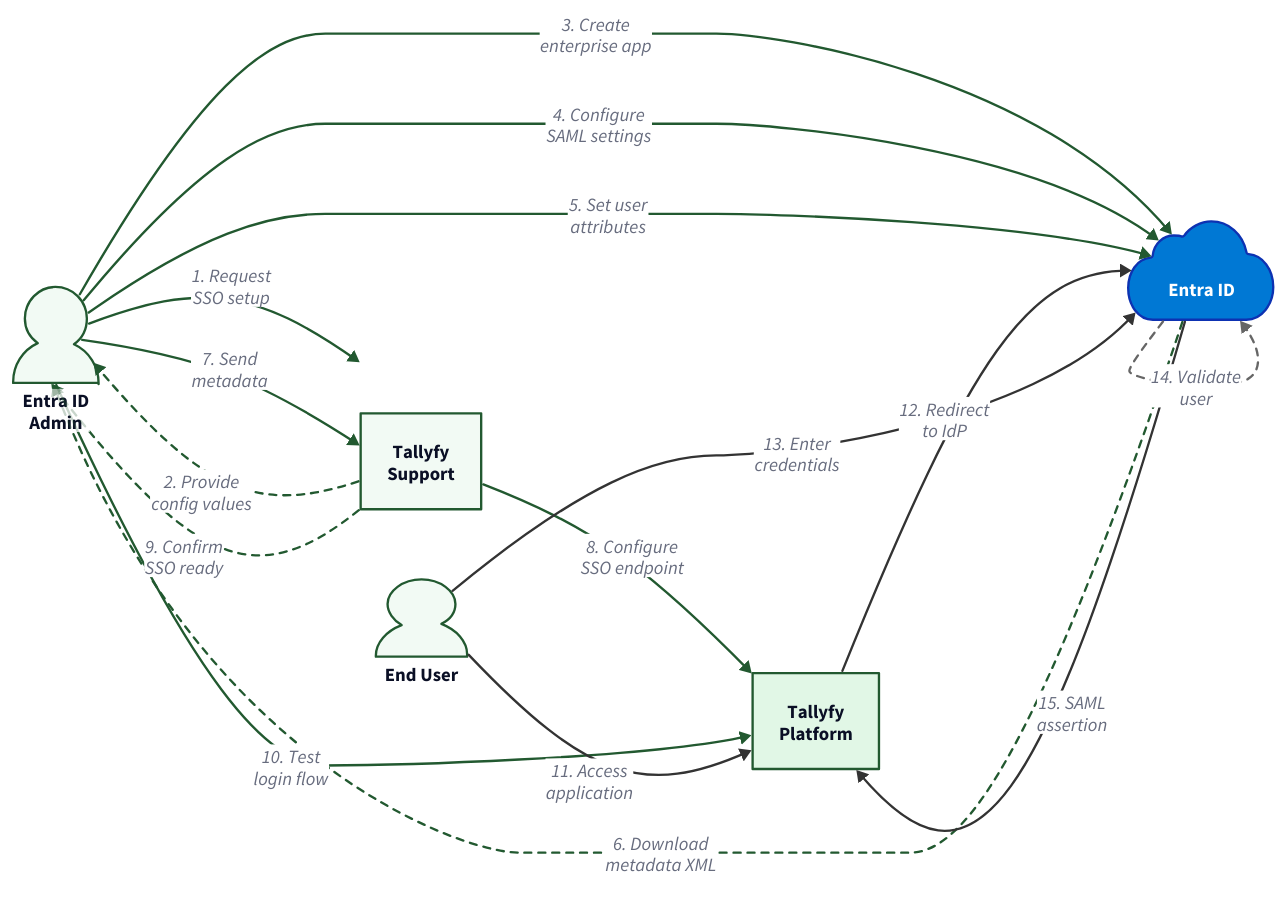
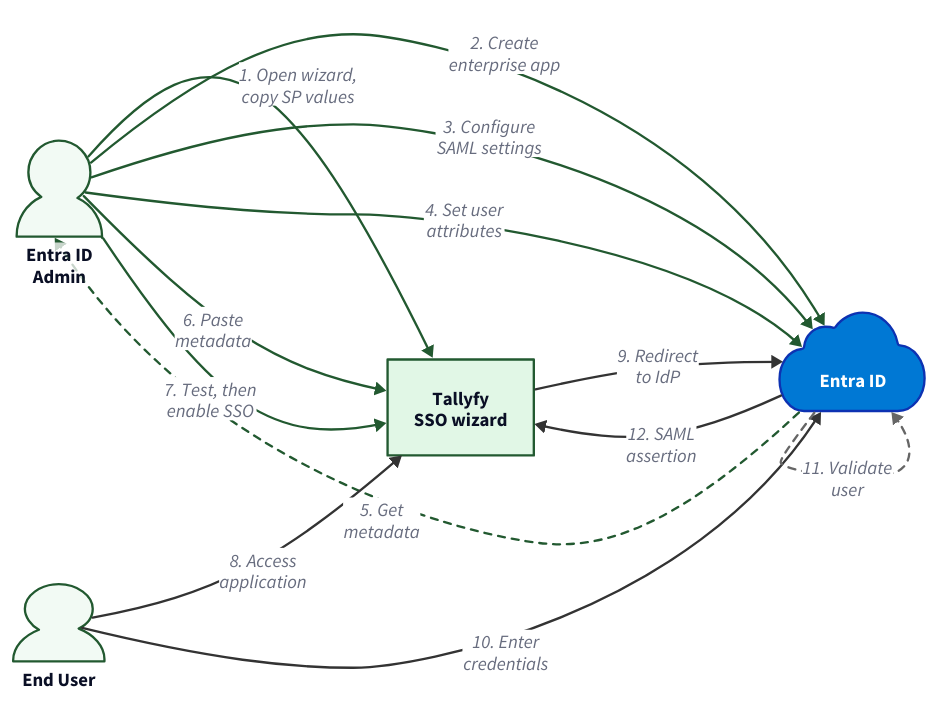
Before and after one commit to tallyfy/documentation: the diagram in src/content/docs/pro/integrations/authentication/how-to-integrate-azure-ad-samlsso-with-tallyfy.mdx, drawn with D2. The commit also changed other lines of this file and 8 other files, not shown here.

```diff
--- a/src/content/docs/pro/integrations/authentication/how-to-integrate-azure-ad-samlsso-with-tallyfy.mdx
+++ b/src/content/docs/pro/integrations/authentication/how-to-integrate-azure-ad-samlsso-with-tallyfy.mdx
@@ -53,13 +53,7 @@
   style.font-color: "#fff"
 }
 
-Support: "Tallyfy\nSupport" {
-  shape: rectangle
-  style.fill: "#f2faf4"
-  style.stroke: "#225930"
-}
-
-Tallyfy: "Tallyfy\nPlatform" {
+Tallyfy: "Tallyfy\nSSO wizard" {
   shape: rectangle
   style.fill: "#e1f7e6"
   style.stroke: "#225930"
@@ -73,70 +67,56 @@
 }
 
 # Setup Flow
-Admin -> Support: "1. Request\nSSO setup" {
+Admin -> Tallyfy: "1. Open wizard,\ncopy SP values" {
   style.stroke: "#225930"
 }
 
-Support -> Admin: "2. Provide\nconfig values" {
+Admin -> Azure: "2. Create\nenterprise app" {
+  style.stroke: "#225930"
+}
+
+Admin -> Azure: "3. Configure\nSAML settings" {
+  style.stroke: "#225930"
+}
+
+Admin -> Azure: "4. Set user\nattributes" {
+  style.stroke: "#225930"
+}
+
+Azure -> Admin: "5. Get\nmetadata" {
   style.stroke: "#225930"
   style.stroke-dash: 3
 }
 
-Admin -> Azure: "3. Create\nenterprise app" {
-  style.stroke: "#225930"
-}
-
-Admin -> Azure: "4. Configure\nSAML settings" {
-  style.stroke: "#225930"
-}
-
-Admin -> Azure: "5. Set user\nattributes" {
-  style.stroke: "#225930"
-}
-
-Azure -> Admin: "6. Download\nmetadata XML" {
-  style.stroke: "#225930"
-  style.stroke-dash: 3
-}
-
-Admin -> Support: "7. Send\nmetadata" {
-  style.stroke: "#225930"
-}
-
-Support -> Tallyfy: "8. Configure\nSSO endpoint" {
+Admin -> Tallyfy: "6. Paste\nmetadata" {
   style.stroke: "#225930"
   style.stroke-width: 2
 }
 
-Support -> Admin: "9. Confirm\nSSO ready" {
-  style.stroke: "#225930"
-  style.stroke-dash: 3
-}
-
-Admin -> Tallyfy: "10. Test\nlogin flow" {
+Admin -> Tallyfy: "7. Test, then\nenable SSO" {
   style.stroke: "#225930"
 }
 
 # User Auth Flow
-User -> Tallyfy: "11. Access\napplication" {
+User -> Tallyfy: "8. Access\napplication" {
   style.stroke: "#333"
   style.stroke-width: 2
 }
 
-Tallyfy -> Azure: "12. Redirect\nto IdP" {
+Tallyfy -> Azure: "9. Redirect\nto IdP" {
   style.stroke: "#333"
 }
 
-User -> Azure: "13. Enter\ncredentials" {
+User -> Azure: "10. Enter\ncredentials" {
   style.stroke: "#333"
 }
 
-Azure -> Azure: "14. Validate\nuser" {
+Azure -> Azure: "11. Validate\nuser" {
   style.stroke: "#666"
   style.stroke-dash: 3
 }
 
-Azure -> Tallyfy: "15. SAML\nassertion" {
+Azure -> Tallyfy: "12. SAML\nassertion" {
   style.stroke: "#333"
   style.stroke-width: 2
 }
```
